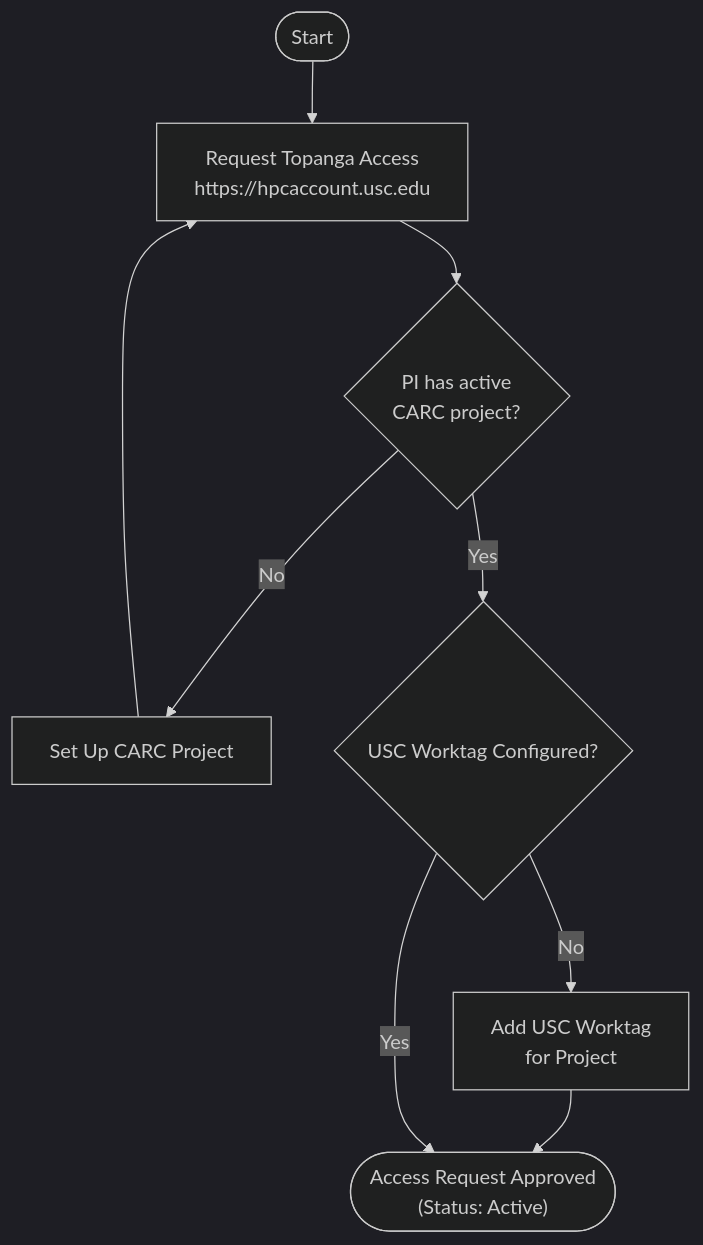
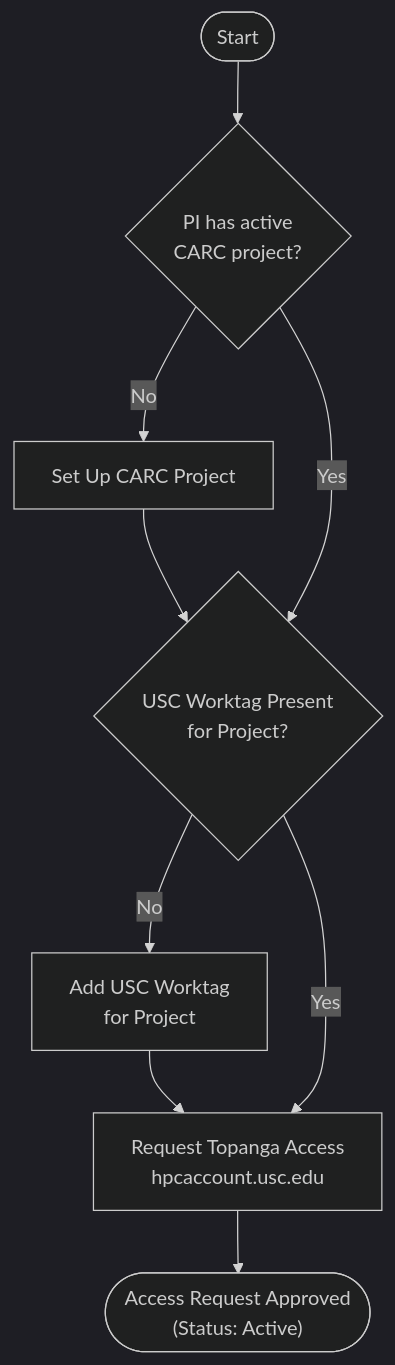
One commit to uschpc/USC-BackendAI-Testing-Docs changed the diagram in topanga-setup.md. Above: the diagram before and after it, drawn with Mermaid (dark theme). The commit also changed other lines of this file, not shown here.

````diff
--- a/topanga-setup.md
+++ b/topanga-setup.md
@@ -3,17 +3,17 @@
 ```mermaid
 flowchart TD
     Start(["Start"])
-    ReqAccess["Request Topanga Access<br/>https://hpcaccount.usc.edu"]
     Prereq{"PI has active<br/>CARC project?"}
     FixPrereq["Set Up CARC Project"]
-    WorkTag{"USC Worktag Configured?"}
+    WorkTag{"USC Worktag Present<br/>for Project?"}
     AddTag["Add USC Worktag<br/>for Project"]
+    ReqAccess["Request Topanga Access<br/>hpcaccount.usc.edu"]
     Approved(["Access Request Approved<br/>(Status: Active)"])
 
-    Start --> ReqAccess
-    ReqAccess --> Prereq
-    Prereq -- "No" --> FixPrereq --> ReqAccess
+    Start --> Prereq
+    Prereq -- "No" --> FixPrereq --> WorkTag
     Prereq -- "Yes" --> WorkTag
-    WorkTag -- "No" --> AddTag --> Approved
-    WorkTag -- "Yes" --> Approved
+    WorkTag -- "No" --> AddTag --> ReqAccess
+    WorkTag -- "Yes" --> ReqAccess
+    ReqAccess --> Approved
 ```
````
